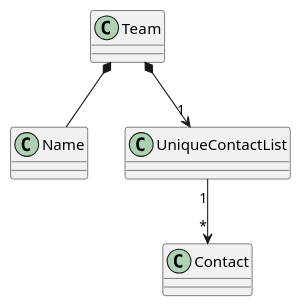
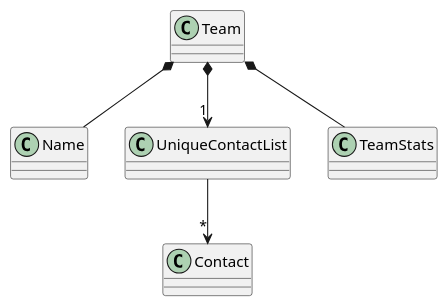
The diagram in diagrams/TeamClassDiagram.puml (AY2324S2-CS2103T-T12-1/tp), drawn with PlantUML before and after one commit. The commit also changed 32 other files, not shown here.

```diff
--- a/diagrams/TeamClassDiagram.puml
+++ b/diagrams/TeamClassDiagram.puml
@@ -1,13 +1,15 @@
 @startuml ContactClassDiagram
     class Team {
     }
 
     class Name
     class UniqueContactList
     class Contact
+    class TeamStats
 
     Team *-- Name
     Team *--> "1" UniqueContactList
-    UniqueContactList "1" --> "*" Contact
+    Team *-- TeamStats
+    UniqueContactList --> "*" Contact
 
 @enduml
```
